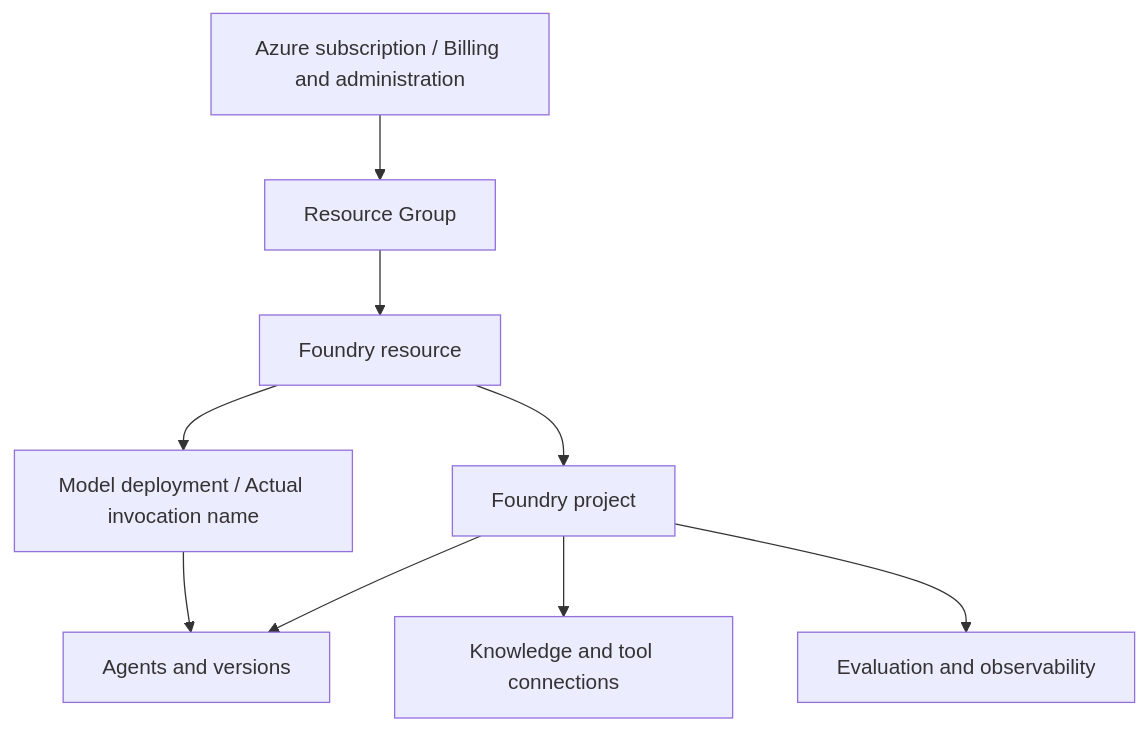
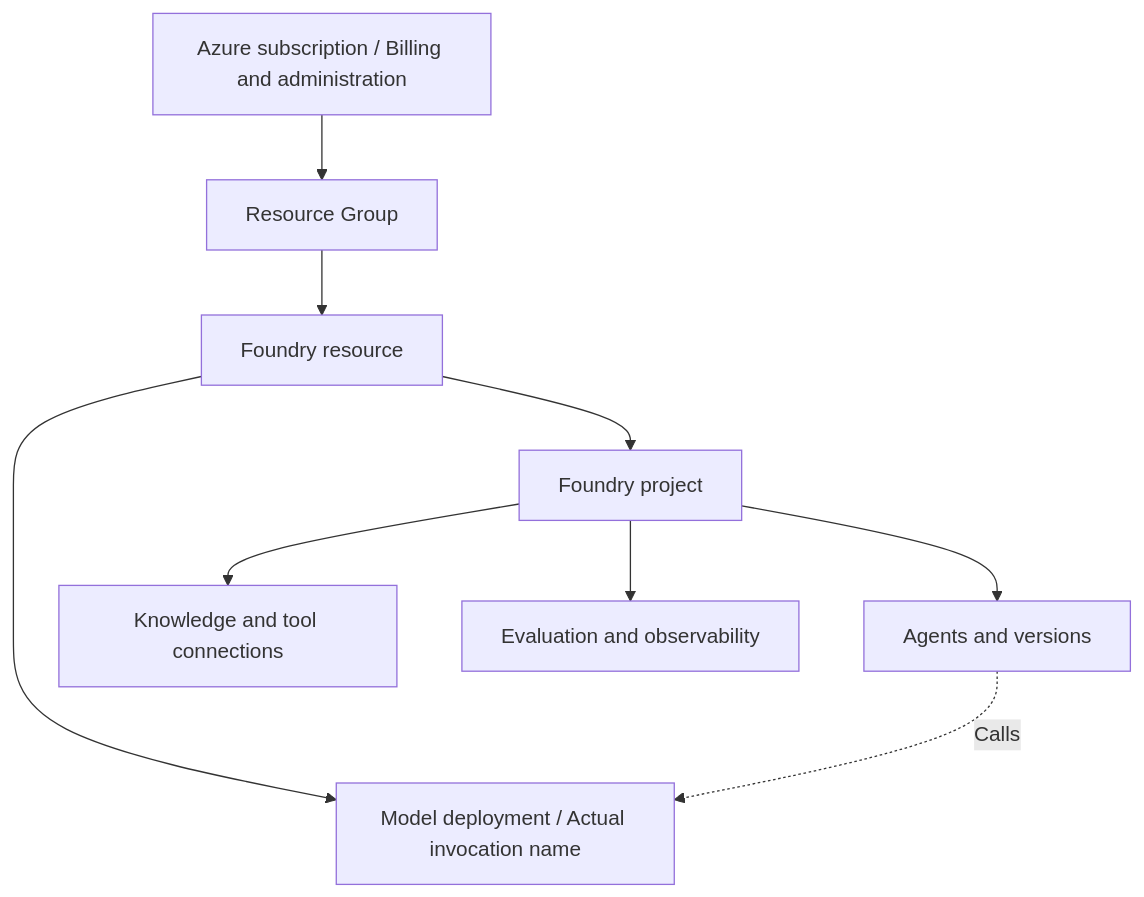
One commit to junwoojeong100/microsoft-foundry-v2-labs changed the diagram in docs/labs/01-foundry.md. Above: the diagram before and after it, drawn with Mermaid. The commit also changed other lines of this file and 40 other files, not shown here.

````diff
--- a/docs/labs/01-foundry.md
+++ b/docs/labs/01-foundry.md
@@ -35,11 +35,11 @@
 ```mermaid
 flowchart TD
     S["Azure subscription / Billing and administration"] --> R["Resource Group"]
     R --> F["Foundry resource"]
     F --> D["Model deployment / Actual invocation name"]
     F --> P["Foundry project"]
     P --> A["Agents and versions"]
     P --> C["Knowledge and tool connections"]
     P --> E["Evaluation and observability"]
-    D --> A
+    A -. "Calls" .-> D
 ```
````
